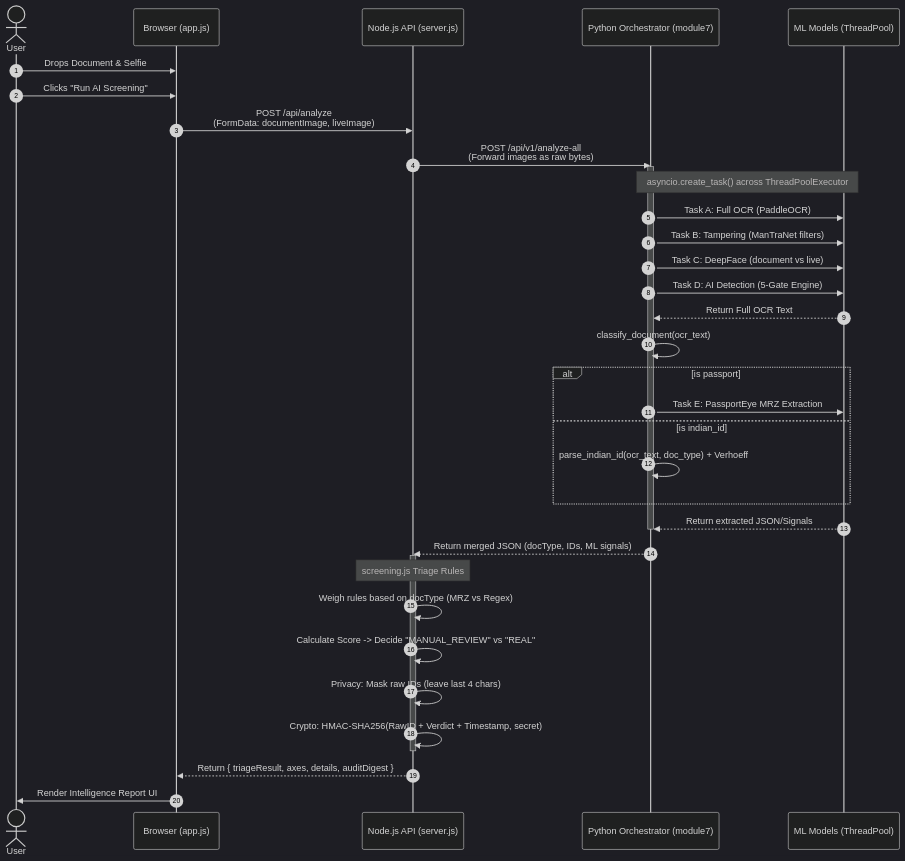
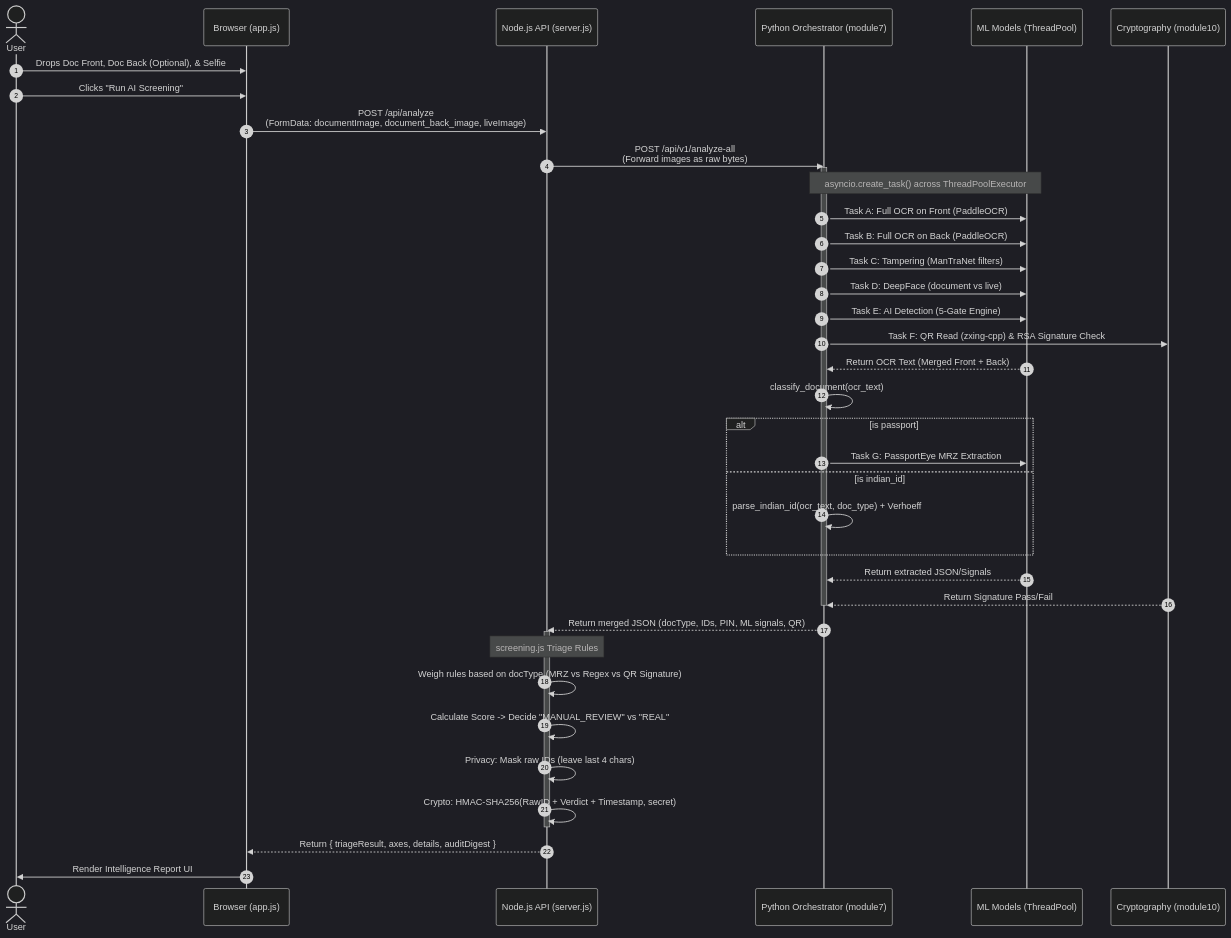
Before and after one commit to Sri-kanth-J/Fake-passport-detection: the second of 3 diagrams in architecture_diagram.md, drawn with Mermaid (dark theme). The commit also changed other lines of this file and 13 other files, not shown here.

First line of the commit message:
feat: Add document back-side support and zxing QR scanner

````diff
--- a/architecture_diagram.md
+++ b/architecture_diagram.md
@@ -68,57 +71,61 @@
 ```mermaid
 sequenceDiagram
     autonumber
     actor User
     participant App as Browser (app.js)
     participant Node as Node.js API (server.js)
     participant Python as Python Orchestrator (module7)
     participant ML as ML Models (ThreadPool)
+    participant QR as Cryptography (module10)
     
-    User->>App: Drops Document & Selfie
+    User->>App: Drops Doc Front, Doc Back (Optional), & Selfie
     User->>App: Clicks "Run AI Screening"
     
     %% Request to Node
-    App->>Node: POST /api/analyze<br/>(FormData: documentImage, liveImage)
+    App->>Node: POST /api/analyze<br/>(FormData: documentImage, document_back_image, liveImage)
     Node->>Python: POST /api/v1/analyze-all<br/>(Forward images as raw bytes)
     
     %% Python internal dispatch - Phase 1
     activate Python
     note over Python, ML: asyncio.create_task() across ThreadPoolExecutor
-    Python->>ML: Task A: Full OCR (PaddleOCR)
-    Python->>ML: Task B: Tampering (ManTraNet filters)
-    Python->>ML: Task C: DeepFace (document vs live)
-    Python->>ML: Task D: AI Detection (5-Gate Engine)
+    Python->>ML: Task A: Full OCR on Front (PaddleOCR)
+    Python->>ML: Task B: Full OCR on Back (PaddleOCR)
+    Python->>ML: Task C: Tampering (ManTraNet filters)
+    Python->>ML: Task D: DeepFace (document vs live)
+    Python->>ML: Task E: AI Detection (5-Gate Engine)
+    Python->>QR: Task F: QR Read (zxing-cpp) & RSA Signature Check
     
     %% Classification Phase
-    ML-->>Python: Return Full OCR Text
+    ML-->>Python: Return OCR Text (Merged Front + Back)
     Python->>Python: classify_document(ocr_text)
     
     %% Phase 2 extraction
     alt is passport
-        Python->>ML: Task E: PassportEye MRZ Extraction
+        Python->>ML: Task G: PassportEye MRZ Extraction
     else is indian_id
         Python->>Python: parse_indian_id(ocr_text, doc_type) + Verhoeff
     end
     
     ML-->>Python: Return extracted JSON/Signals
+    QR-->>Python: Return Signature Pass/Fail
     deactivate Python
     
     %% Python to Node
-    Python-->>Node: Return merged JSON (docType, IDs, ML signals)
+    Python-->>Node: Return merged JSON (docType, IDs, PIN, ML signals, QR)
     
     %% Node Triage
     activate Node
     note over Node: screening.js Triage Rules
-    Node->>Node: Weigh rules based on docType (MRZ vs Regex)
+    Node->>Node: Weigh rules based on docType (MRZ vs Regex vs QR Signature)
     Node->>Node: Calculate Score -> Decide "MANUAL_REVIEW" vs "REAL"
     
     %% Privacy & Crypto
     Node->>Node: Privacy: Mask raw IDs (leave last 4 chars)
     Node->>Node: Crypto: HMAC-SHA256(RawID + Verdict + Timestamp, secret)
     deactivate Node
     
     %% Node to App
     Node-->>App: Return { triageResult, axes, details, auditDigest }
     
     App->>User: Render Intelligence Report UI
 ```
````
